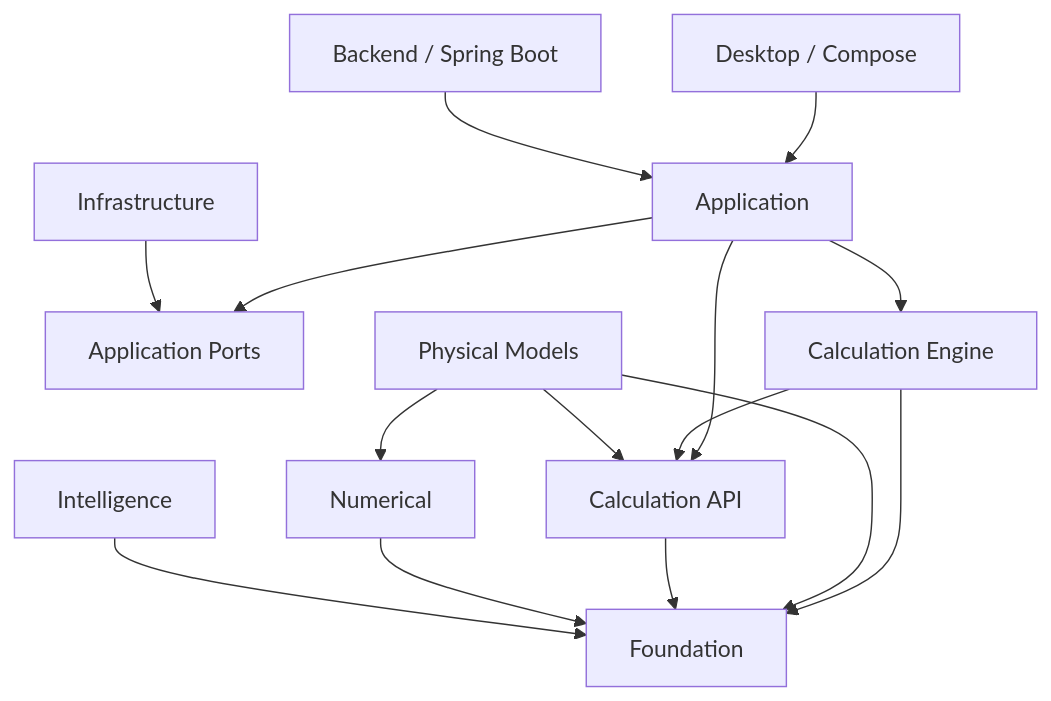
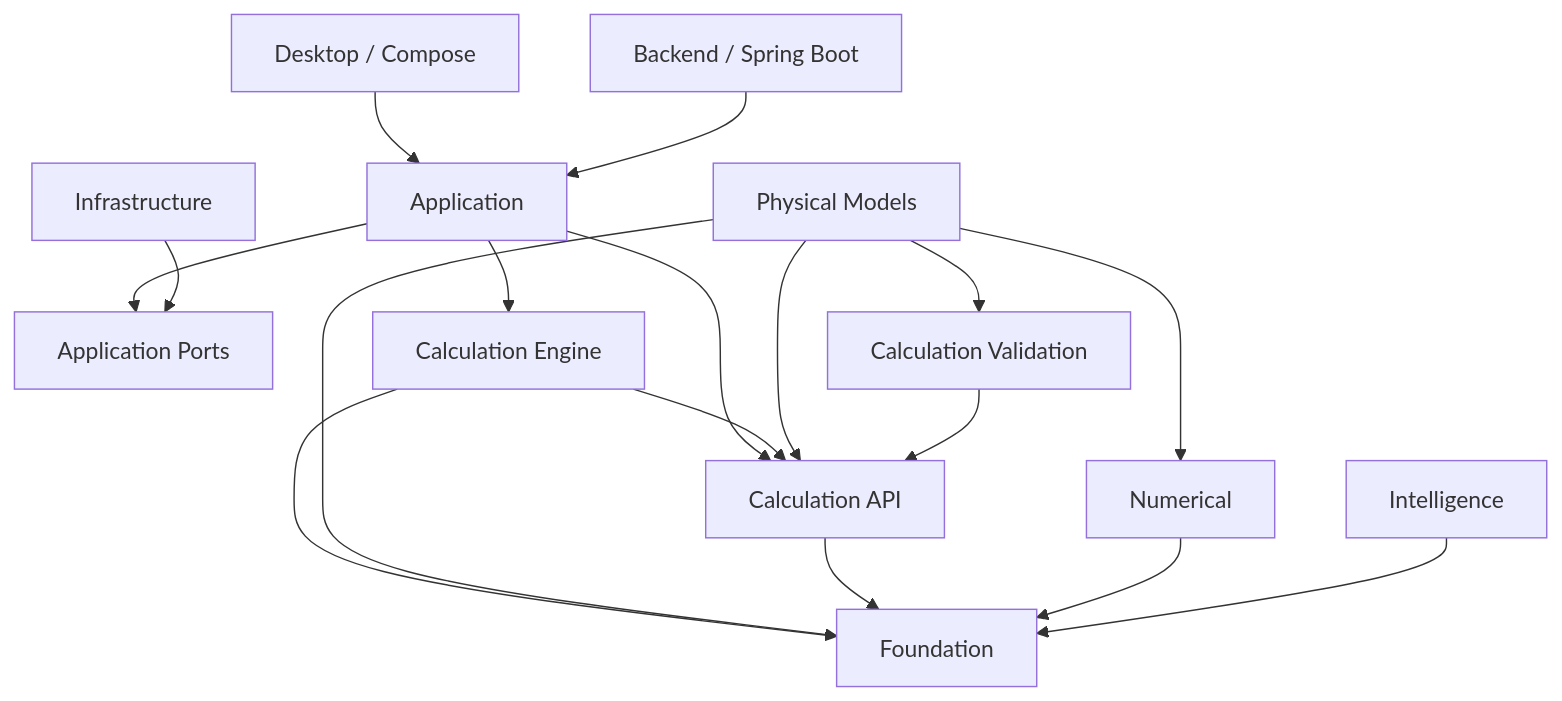
The diagram in docs/ARCHITECTURE.md (AxxlLN/Thermora), drawn with Mermaid before and after one commit. The commit also changed other lines of this file and 16 other files, not shown here.

````diff
--- a/docs/ARCHITECTURE.md
+++ b/docs/ARCHITECTURE.md
@@ -742,35 +788,38 @@
 ```mermaid
 flowchart TD
     UI["Desktop / Compose"]
     BACKEND["Backend / Spring Boot"]
     APP["Application"]
     PORTS["Application Ports"]
     ENGINE["Calculation Engine"]
+    VALIDATION["Calculation Validation"]
     API["Calculation API"]
     MODELS["Physical Models"]
     NUM["Numerical"]
     FOUNDATION["Foundation"]
     INFRA["Infrastructure"]
     AI["Intelligence"]
 
     UI --> APP
     BACKEND --> APP
 
     APP --> PORTS
     APP --> ENGINE
     APP --> API
 
     ENGINE --> API
     ENGINE --> FOUNDATION
 
     MODELS --> API
+    MODELS --> VALIDATION
+    VALIDATION --> API
     MODELS --> NUM
     MODELS --> FOUNDATION
 
     API --> FOUNDATION
     NUM --> FOUNDATION
 
     INFRA --> PORTS
 
     AI --> FOUNDATION
 ```
````
